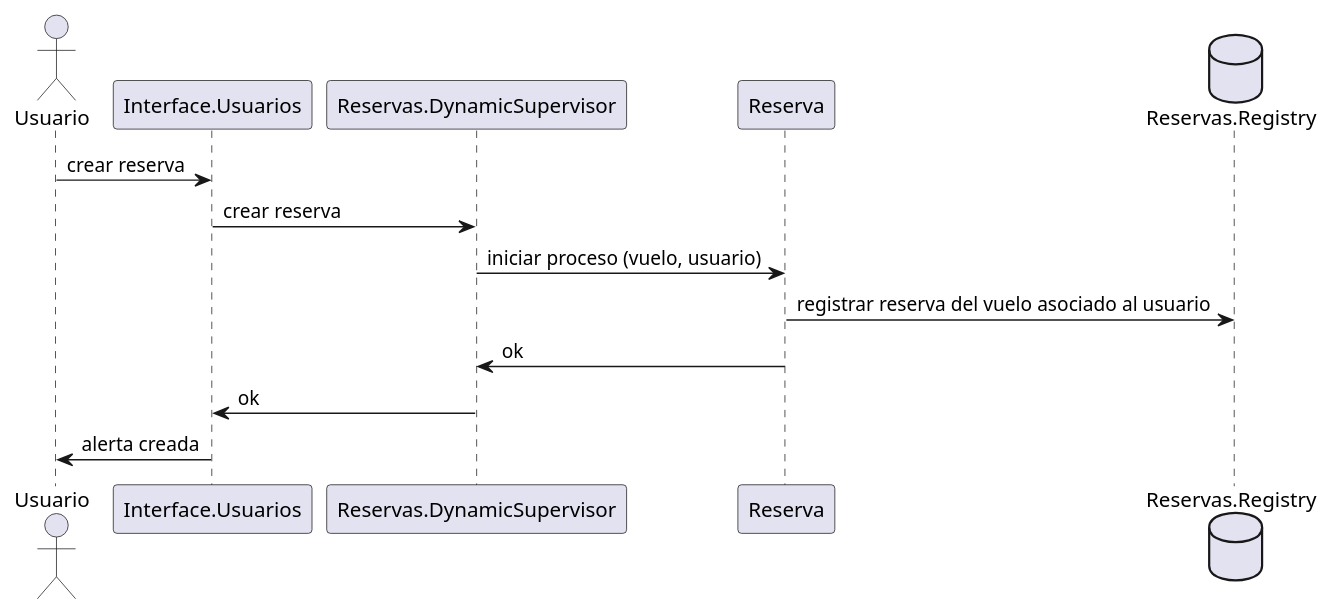
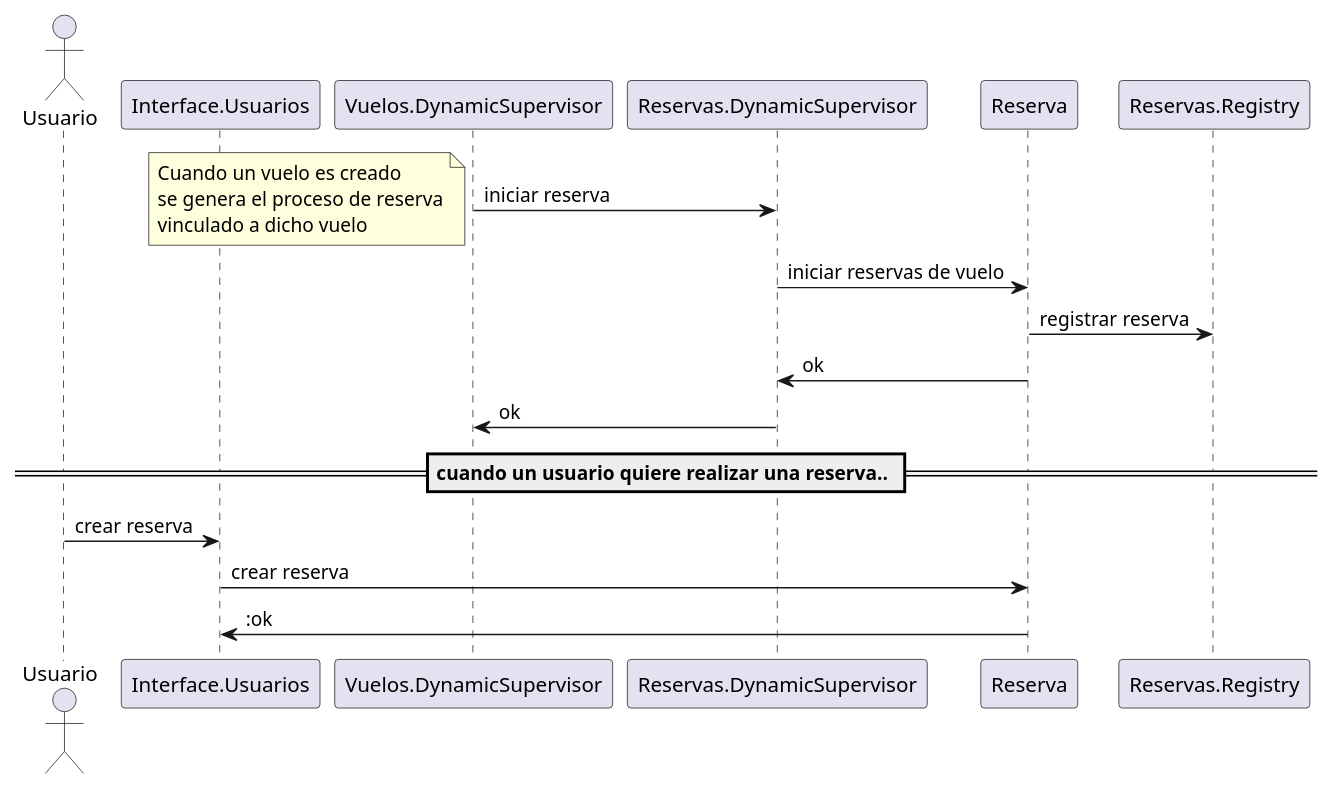
One commit to NicoMadd/levantar-vuelo changed the diagram in diagrams/secuencia_reserva.puml. Above: the diagram before and after it, drawn with PlantUML. The commit also changed 7 other files, not shown here.

Commit message:
actualizo los diferentes diagramas de secuencia

```diff
--- a/diagrams/secuencia_reserva.puml
+++ b/diagrams/secuencia_reserva.puml
@@ -1,17 +1,23 @@
 @startuml Secuencia Reserva
 
 actor Usuario
 participant Interface.Usuarios
+participant Vuelos.DynamicSupervisor
 participant Reservas.DynamicSupervisor
 participant Reserva
-database Reservas.Registry
+participant Reservas.Registry
+
+Vuelos.DynamicSupervisor -> Reservas.DynamicSupervisor: iniciar reserva
+note left: Cuando un vuelo es creado\nse genera el proceso de reserva\nvinculado a dicho vuelo
+Reservas.DynamicSupervisor -> Reserva: iniciar reservas de vuelo
+Reserva -> Reservas.Registry: registrar reserva
+Reserva -> Reservas.DynamicSupervisor: ok
+Reservas.DynamicSupervisor -> Vuelos.DynamicSupervisor: ok
+
+== cuando un usuario quiere realizar una reserva.. == 
 
 Usuario -> Interface.Usuarios: crear reserva
-Interface.Usuarios -> Reservas.DynamicSupervisor: crear reserva
-Reservas.DynamicSupervisor -> Reserva: iniciar proceso (vuelo, usuario)
-Reserva -> Reservas.Registry: registrar reserva del vuelo asociado al usuario
-Reserva -> Reservas.DynamicSupervisor: ok
-Reservas.DynamicSupervisor -> Interface.Usuarios: ok
-Interface.Usuarios -> Usuario: alerta creada
+Interface.Usuarios -> Reserva: crear reserva
+Reserva -> Interface.Usuarios: :ok
 
 @enduml
```
